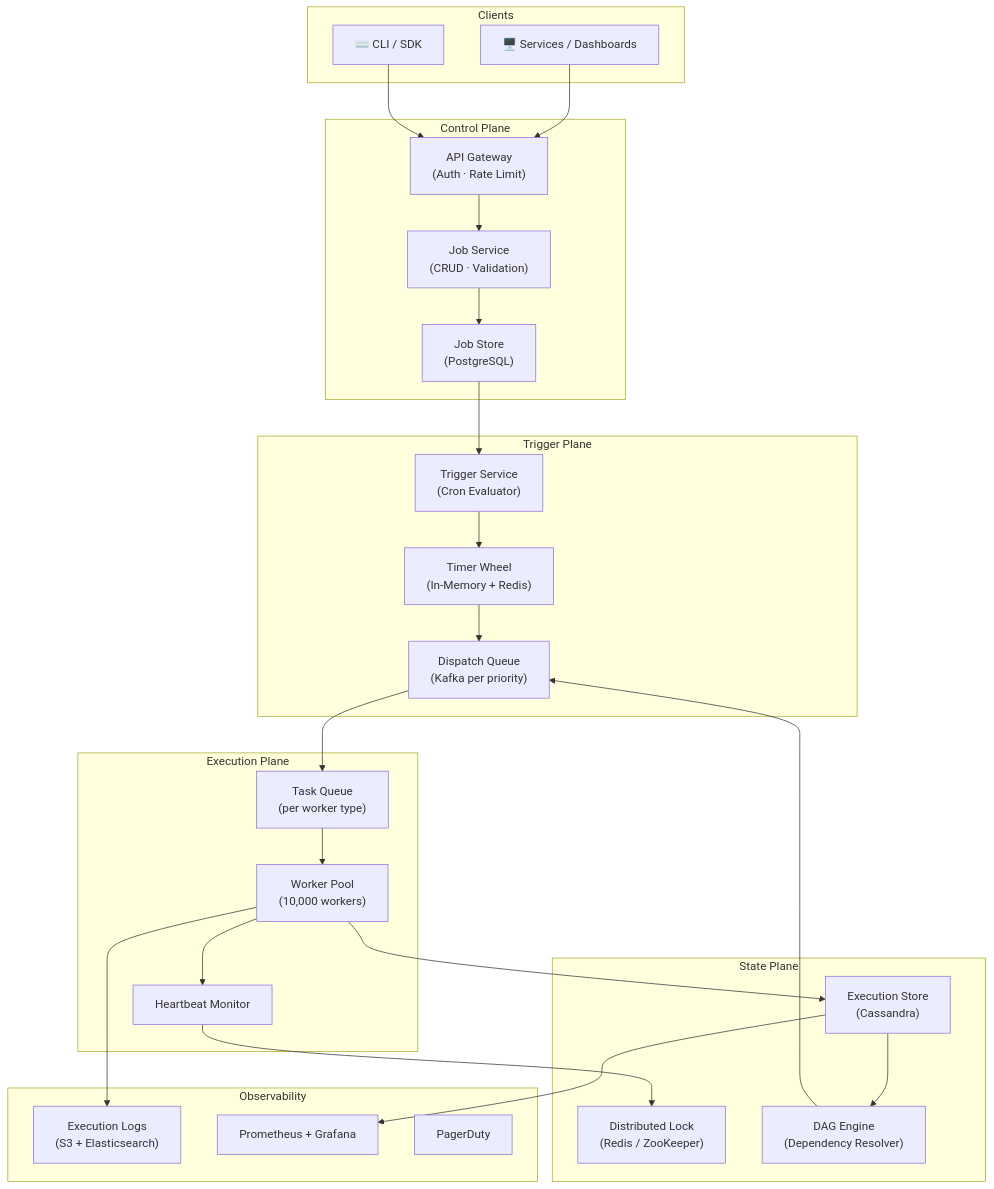
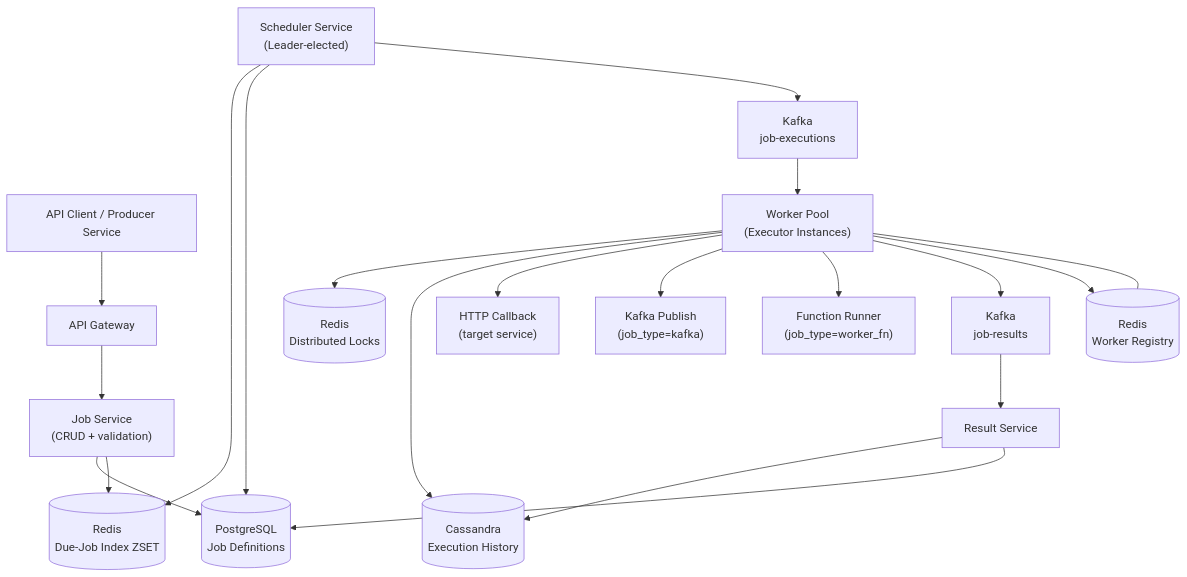
The first of 5 diagrams in docs/system-design/hld/real-world-systems/distributed-job-scheduler.md (deepjyoti-dj7/JustDoIT), drawn with Mermaid before and after one commit. The commit also changed other lines of this file and 8 other files, not shown here.

````diff
--- a/docs/system-design/hld/real-world-systems/distributed-job-scheduler.md
+++ b/docs/system-design/hld/real-world-systems/distributed-job-scheduler.md
@@ -116,50 +327,27 @@
 ```mermaid
-graph TB
-    subgraph "Clients"
-        API_Client["🖥️ Services / Dashboards"]
-        CLI["⌨️ CLI / SDK"]
-    end
+flowchart TD
+    Client["API Client / Producer Service"] --> AG["API Gateway"]
+    AG --> JS["Job Service\n(CRUD + validation)"]
+    JS --> PG[("PostgreSQL\nJob Definitions")]
+    JS --> Redis[("Redis\nDue-Job Index ZSET")]
 
-    subgraph "Control Plane"
-        APIGW["API Gateway\n(Auth · Rate Limit)"]
-        JobSvc["Job Service\n(CRUD · Validation)"]
-        JobDB["Job Store\n(PostgreSQL)"]
-    end
+    Sched["Scheduler Service\n(Leader-elected)"] --> Redis
+    Sched --> PG
+    Sched --> K["Kafka\njob-executions"]
 
-    subgraph "Trigger Plane"
-        TriggerSvc["Trigger Service\n(Cron Evaluator)"]
-        TimerWheel["Timer Wheel\n(In-Memory + Redis)"]
-        DispatchQ["Dispatch Queue\n(Kafka per priority)"]
-    end
+    K --> W1["Worker Pool\n(Executor Instances)"]
 
-    subgraph "Execution Plane"
-        WorkerPool["Worker Pool\n(10,000 workers)"]
-        TaskQ["Task Queue\n(per worker type)"]
-        Heartbeat["Heartbeat Monitor"]
-    end
+    W1 --> Lock[("Redis\nDistributed Locks")]
+    W1 --> CassExec[("Cassandra\nExecution History")]
+    W1 --> HTTP["HTTP Callback\n(target service)"]
+    W1 --> KOut["Kafka Publish\n(job_type=kafka)"]
+    W1 --> FnRun["Function Runner\n(job_type=worker_fn)"]
 
-    subgraph "State Plane"
-        ExecDB["Execution Store\n(Cassandra)"]
-        LockSvc["Distributed Lock\n(Redis / ZooKeeper)"]
-        DAGEngine["DAG Engine\n(Dependency Resolver)"]
-    end
+    W1 --> K2["Kafka\njob-results"]
+    K2 --> RS["Result Service"]
+    RS --> CassExec
+    RS --> PG
 
-    subgraph "Observability"
-        LogStore["Execution Logs\n(S3 + Elasticsearch)"]
-        Metrics["Prometheus + Grafana"]
-        Alerts["PagerDuty"]
-    end
-
-    API_Client & CLI --> APIGW --> JobSvc
-    JobSvc --> JobDB
-    JobDB --> TriggerSvc
-    TriggerSvc --> TimerWheel --> DispatchQ
-    DispatchQ --> TaskQ --> WorkerPool
-    WorkerPool --> ExecDB
-    WorkerPool --> Heartbeat
-    Heartbeat --> LockSvc
-    WorkerPool --> LogStore
-    DAGEngine --> DispatchQ
-    ExecDB --> DAGEngine
-    ExecDB --> Metrics
+    WR[("Redis\nWorker Registry")] --- W1
+    W1 --> WR
 ```
````
